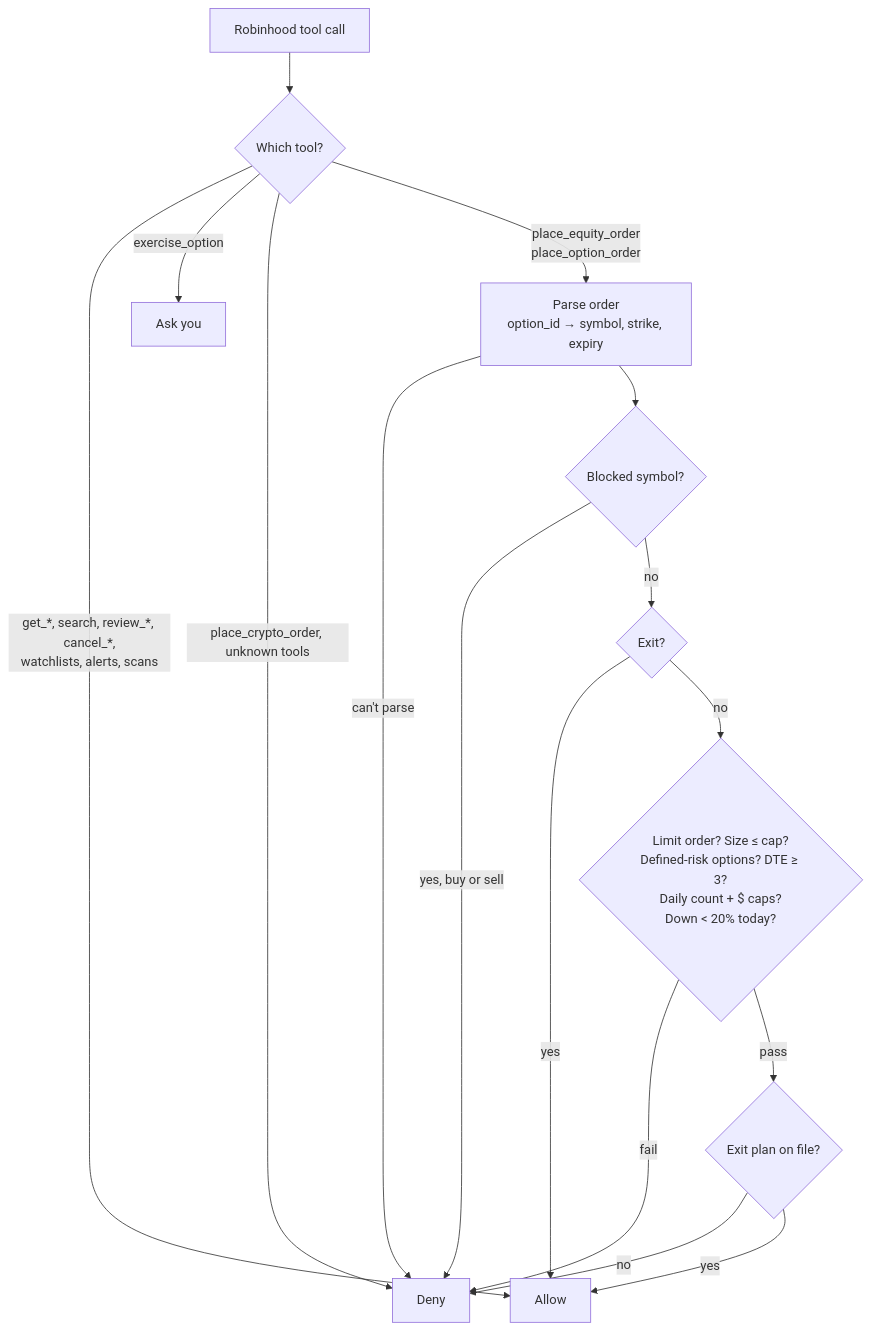
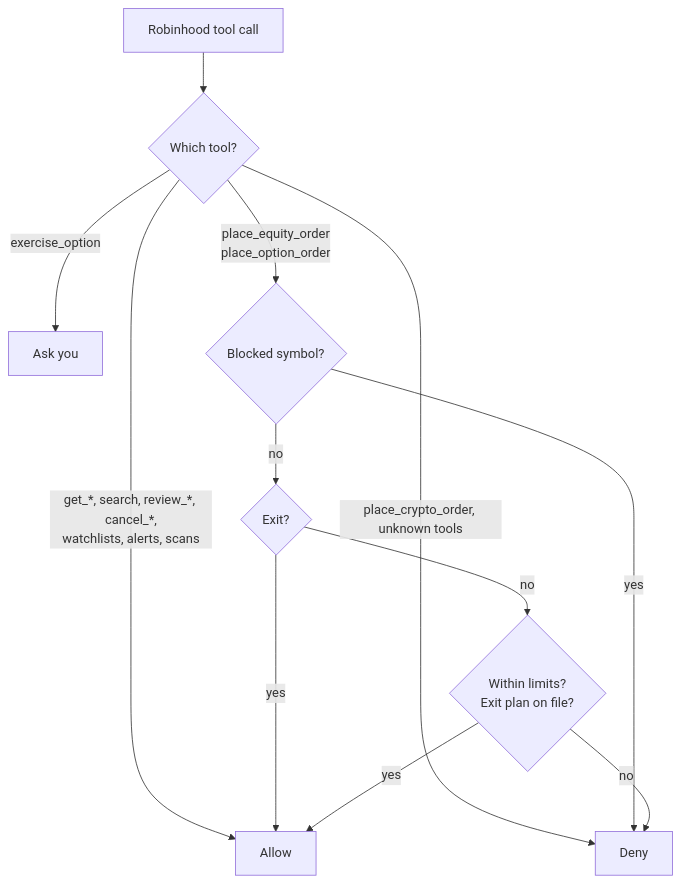
The third of 4 diagrams in README.md (chasechipres/rh-gex-trader), drawn with Mermaid before and after one commit. The commit also changed other lines of this file, not shown here.

````diff
--- a/README.md
+++ b/README.md
@@ -393,18 +250,14 @@
 ```mermaid
 flowchart TD
     T[Robinhood tool call] --> Q{Which tool?}
     Q -->|get_*, search, review_*, cancel_*,<br/>watchlists, alerts, scans| OK[Allow]
     Q -->|exercise_option| ASK[Ask you]
     Q -->|place_crypto_order, unknown tools| NO[Deny]
-    Q -->|place_equity_order<br/>place_option_order| O[Parse order<br/>option_id → symbol, strike, expiry]
-    O -->|can't parse| NO
-    O --> B{Blocked symbol?}
-    B -->|yes, buy or sell| NO
+    Q -->|place_equity_order<br/>place_option_order| B{Blocked symbol?}
+    B -->|yes| NO
     B -->|no| E{Exit?}
     E -->|yes| OK
-    E -->|no| L{"Limit order? Size ≤ cap?<br/>Defined-risk options? DTE ≥ 3?<br/>Daily count + $ caps?<br/>Down < 20% today?"}
-    L -->|fail| NO
-    L -->|pass| P{Exit plan on file?}
-    P -->|no| NO
-    P -->|yes| OK
+    E -->|no| L{"Within limits?<br/>Exit plan on file?"}
+    L -->|no| NO
+    L -->|yes| OK
 ```
````
